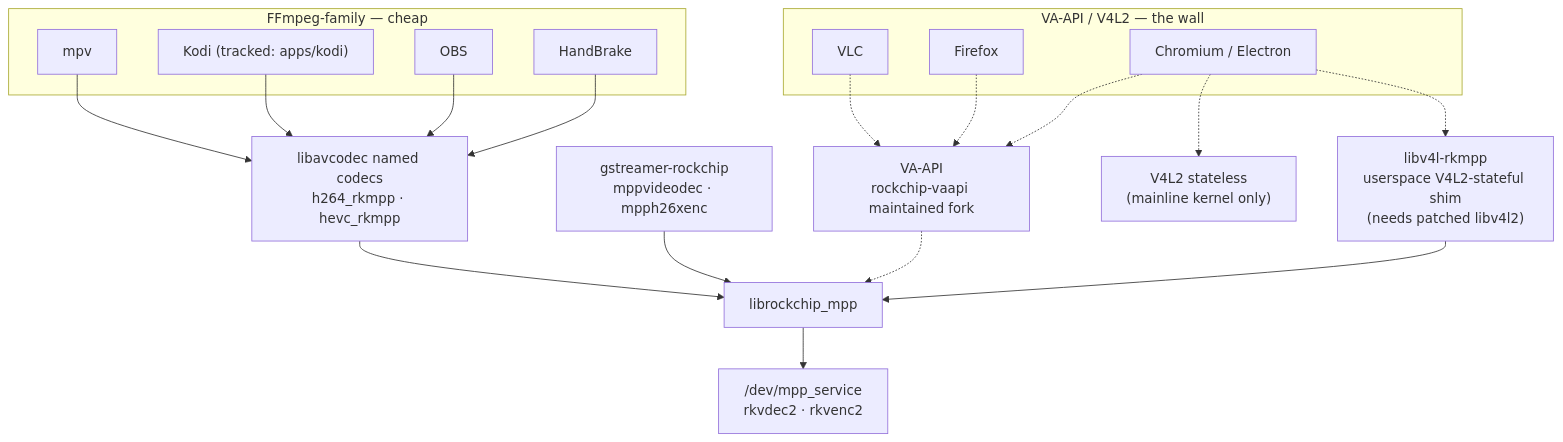
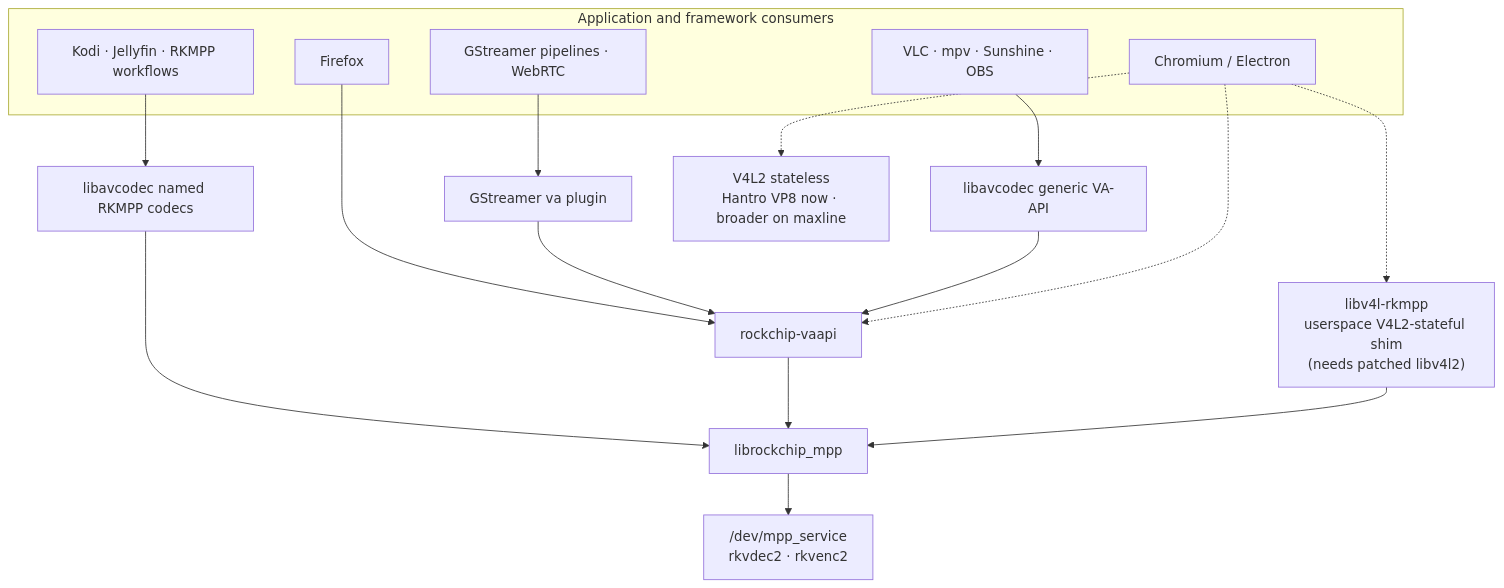
Before and after one commit to yisding/rock-5b-ysp: the diagram in docs/app-enablement.md, drawn with Mermaid. The commit also changed other lines of this file and 30 other files, not shown here.

````diff
--- a/docs/app-enablement.md
+++ b/docs/app-enablement.md
@@ -30,36 +42,32 @@
 ```mermaid
 flowchart TB
-  subgraph cheap["FFmpeg-family — cheap"]
-    mpv["mpv"]
-    kodi["Kodi (tracked: apps/kodi)"]
-    obs["OBS"]
-    hb["HandBrake"]
+  subgraph consumers["Application and framework consumers"]
+    ff["Firefox"]
+    gstapps["GStreamer pipelines · WebRTC"]
+    vaapps["VLC · mpv · Sunshine · OBS"]
+    rkapps["Kodi · Jellyfin · RKMPP workflows"]
+    cr["Chromium / Electron"]
   end
-  subgraph hard["VA-API / V4L2 — the wall"]
-    ff["Firefox"]
-    cr["Chromium / Electron"]
-    vlc["VLC"]
-  end
-  lavc["libavcodec named codecs<br/>h264_rkmpp · hevc_rkmpp"]
-  gst["gstreamer-rockchip<br/>mppvideodec · mpph26xenc"]
-  vaapi["VA-API<br/>rockchip-vaapi maintained fork"]
-  v4l2["V4L2 stateless<br/>(mainline kernel only)"]
+  gst["GStreamer va plugin"]
+  lavcva["libavcodec generic VA-API"]
+  lavcrk["libavcodec named RKMPP codecs"]
+  vaapi["rockchip-vaapi"]
+  v4l2["V4L2 stateless<br/>Hantro VP8 now · broader on maxline"]
   shim["libv4l-rkmpp<br/>userspace V4L2-stateful shim<br/>(needs patched libv4l2)"]
   mpplib["librockchip_mpp"]
   svc["/dev/mpp_service<br/>rkvdec2 · rkvenc2"]
 
-  mpv --> lavc
-  kodi --> lavc
-  obs --> lavc
-  hb --> lavc
-  vlc -.-> vaapi
-  ff -.-> vaapi
+  ff --> vaapi
+  gstapps --> gst
+  gst --> vaapi
+  vaapps --> lavcva
+  lavcva --> vaapi
+  rkapps --> lavcrk
+  lavcrk --> mpplib
   cr -.-> vaapi
   cr -.-> v4l2
   cr -.-> shim
-  lavc --> mpplib
-  gst --> mpplib
-  vaapi -.-> mpplib
+  vaapi --> mpplib
   shim --> mpplib
   mpplib --> svc
 ```
````
